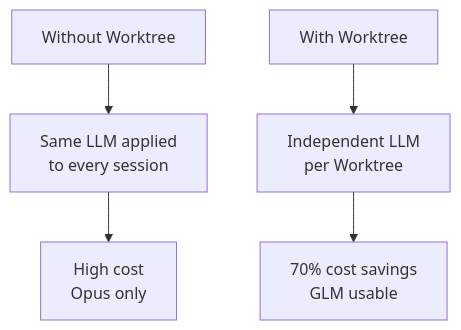
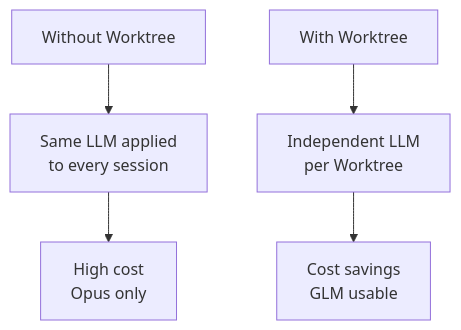
Before and after one commit to modu-ai/moai-adk: the second of 9 diagrams in docs-site/content/en/worktree/faq.md, drawn with Mermaid. The commit also changed other lines of this file and 53 other files, not shown here.

````diff
--- a/docs-site/content/en/worktree/faq.md
+++ b/docs-site/content/en/worktree/faq.md
@@ -69,8 +69,8 @@
 ```mermaid
 graph TB
     A[Without Worktree] --> B[Same LLM applied<br/>to every session]
     B --> C[High cost<br/>Opus only]
 
     D[With Worktree] --> E[Independent LLM<br/>per Worktree]
-    E --> F[70% cost savings<br/>GLM usable]
+    E --> F[Cost savings<br/>GLM usable]
 ```
````
